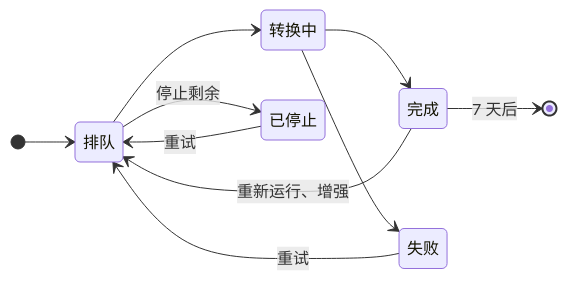
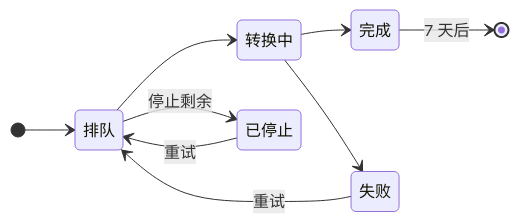
Before and after one commit to Ynewtime/markitai: the second of 2 diagrams in website/zh/guide/serve.md, drawn with Mermaid. The commit also changed other lines of this file and 4 other files, not shown here.

````diff
--- a/website/zh/guide/serve.md
+++ b/website/zh/guide/serve.md
@@ -108,13 +108,12 @@
 ```mermaid
 stateDiagram-v2
   direction LR
   [*] --> 排队
   排队 --> 转换中
   排队 --> 已停止: 停止剩余
   转换中 --> 完成
   转换中 --> 失败
   失败 --> 排队: 重试
   已停止 --> 排队: 重试
-  完成 --> 排队: 重新运行、增强
   完成 --> [*]: 7 天后
 ```
````
